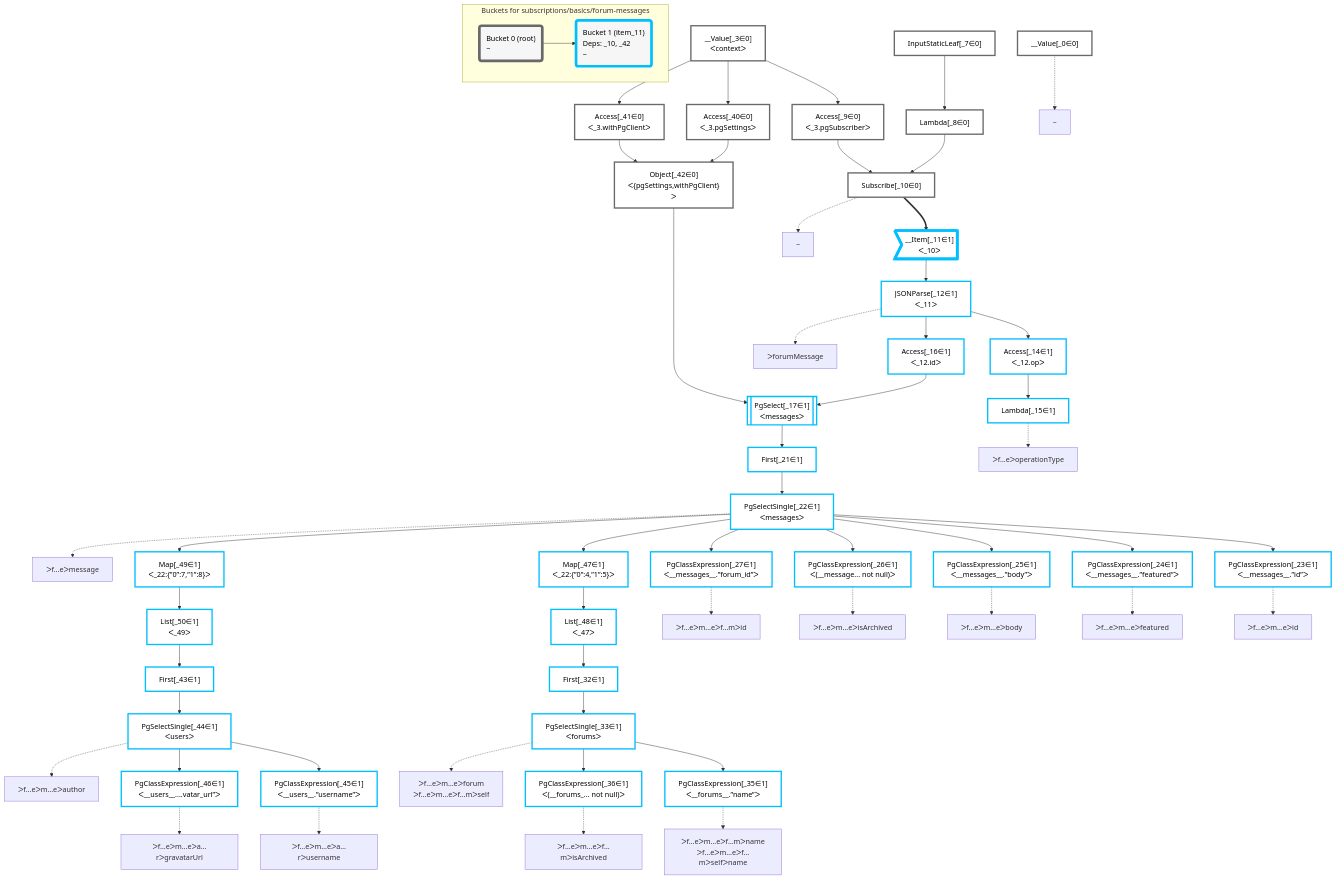
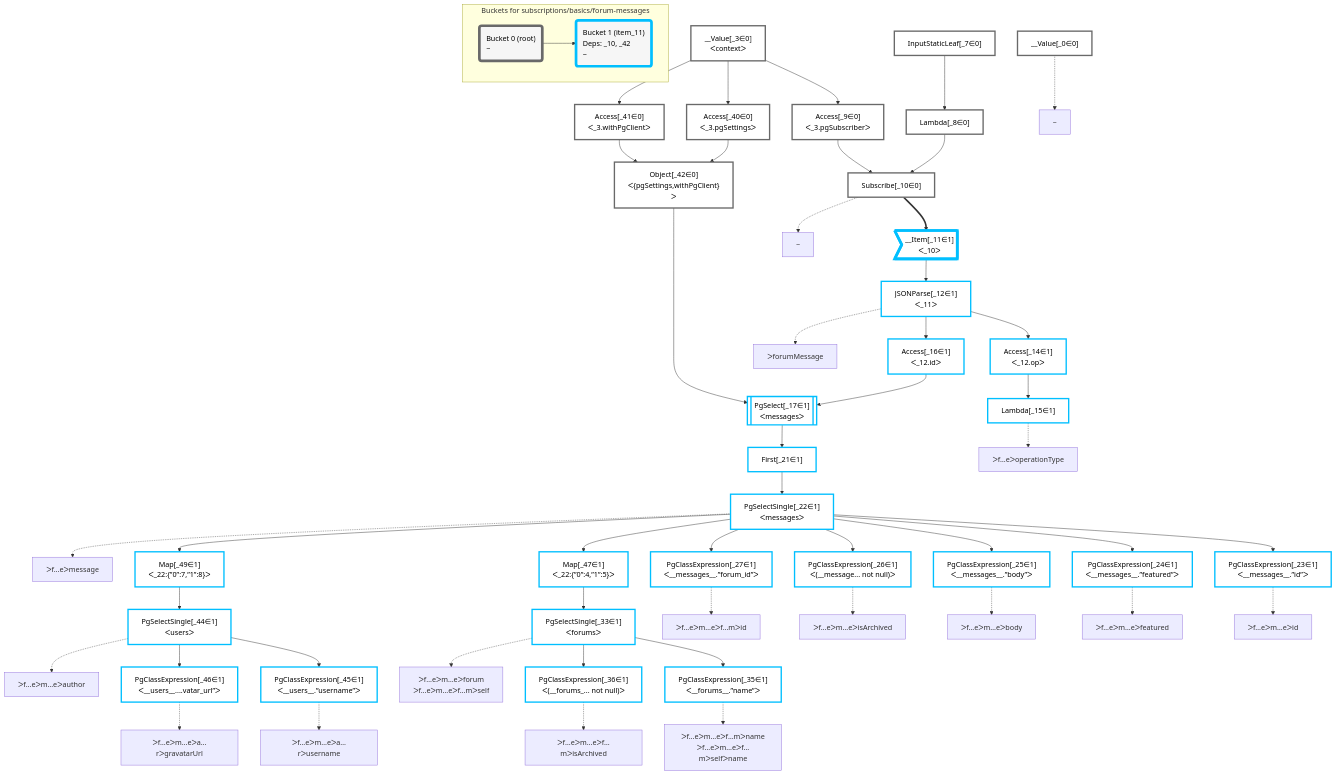
Before and after one commit to graphile/crystal: the diagram in packages/dataplan-pg/__tests__/subscriptions/basics/forum-messages.mermaid.md, drawn with Mermaid. The commit also changed 67 other files, not shown here.

```diff
--- a/packages/dataplan-pg/__tests__/subscriptions/basics/forum-messages.mermaid.md
+++ b/packages/dataplan-pg/__tests__/subscriptions/basics/forum-messages.mermaid.md
@@ -27,21 +27,17 @@
     PgClassExpression_25["PgClassExpression[_25∈1]<br />ᐸ__messages__.”body”ᐳ"]:::plan
     PgClassExpression_26["PgClassExpression[_26∈1]<br />ᐸ(__message... not null)ᐳ"]:::plan
     PgClassExpression_27["PgClassExpression[_27∈1]<br />ᐸ__messages__.”forum_id”ᐳ"]:::plan
-    First_32["First[_32∈1]"]:::plan
     PgSelectSingle_33["PgSelectSingle[_33∈1]<br />ᐸforumsᐳ"]:::plan
     PgClassExpression_35["PgClassExpression[_35∈1]<br />ᐸ__forums__.”name”ᐳ"]:::plan
     PgClassExpression_36["PgClassExpression[_36∈1]<br />ᐸ(__forums_... not null)ᐳ"]:::plan
     Access_40["Access[_40∈0]<br />ᐸ_3.pgSettingsᐳ"]:::plan
     Access_41["Access[_41∈0]<br />ᐸ_3.withPgClientᐳ"]:::plan
     Object_42["Object[_42∈0]<br />ᐸ{pgSettings,withPgClient}ᐳ"]:::plan
-    First_43["First[_43∈1]"]:::plan
     PgSelectSingle_44["PgSelectSingle[_44∈1]<br />ᐸusersᐳ"]:::plan
     PgClassExpression_45["PgClassExpression[_45∈1]<br />ᐸ__users__.”username”ᐳ"]:::plan
     PgClassExpression_46["PgClassExpression[_46∈1]<br />ᐸ__users__....vatar_url”ᐳ"]:::plan
     Map_47["Map[_47∈1]<br />ᐸ_22:{”0”:4,”1”:5}ᐳ"]:::plan
-    List_48["List[_48∈1]<br />ᐸ_47ᐳ"]:::plan
     Map_49["Map[_49∈1]<br />ᐸ_22:{”0”:7,”1”:8}ᐳ"]:::plan
-    List_50["List[_50∈1]<br />ᐸ_49ᐳ"]:::plan
 
     %% plan dependencies
     InputStaticLeaf_7 --> Lambda_8
@@ -62,22 +58,18 @@
     PgSelectSingle_22 --> PgClassExpression_25
     PgSelectSingle_22 --> PgClassExpression_26
     PgSelectSingle_22 --> PgClassExpression_27
-    List_48 --> First_32
-    First_32 --> PgSelectSingle_33
+    Map_47 --> PgSelectSingle_33
     PgSelectSingle_33 --> PgClassExpression_35
     PgSelectSingle_33 --> PgClassExpression_36
     __Value_3 --> Access_40
     __Value_3 --> Access_41
     Access_40 --> Object_42
     Access_41 --> Object_42
-    List_50 --> First_43
-    First_43 --> PgSelectSingle_44
+    Map_49 --> PgSelectSingle_44
     PgSelectSingle_44 --> PgClassExpression_45
     PgSelectSingle_44 --> PgClassExpression_46
     PgSelectSingle_22 --> Map_47
-    Map_47 --> List_48
     PgSelectSingle_22 --> Map_49
-    Map_49 --> List_50
 
     %% plan-to-path relationships
     P_0["~"]
@@ -117,7 +109,7 @@
     classDef bucket0 stroke:#696969
     class __Value_0,__Value_3,InputStaticLeaf_7,Lambda_8,Access_9,Subscribe_10,Access_40,Access_41,Object_42 bucket0
     classDef bucket1 stroke:#00bfff
-    class __Item_11,JSONParse_12,Access_14,Lambda_15,Access_16,PgSelect_17,First_21,PgSelectSingle_22,PgClassExpression_23,PgClassExpression_24,PgClassExpression_25,PgClassExpression_26,PgClassExpression_27,First_32,PgSelectSingle_33,PgClassExpression_35,PgClassExpression_36,First_43,PgSelectSingle_44,PgClassExpression_45,PgClassExpression_46,Map_47,List_48,Map_49,List_50 bucket1
+    class __Item_11,JSONParse_12,Access_14,Lambda_15,Access_16,PgSelect_17,First_21,PgSelectSingle_22,PgClassExpression_23,PgClassExpression_24,PgClassExpression_25,PgClassExpression_26,PgClassExpression_27,PgSelectSingle_33,PgClassExpression_35,PgClassExpression_36,PgSelectSingle_44,PgClassExpression_45,PgClassExpression_46,Map_47,Map_49 bucket1
 
     subgraph "Buckets for subscriptions/basics/forum-messages"
     Bucket0("Bucket 0 (root)<br />~"):::bucket
```
